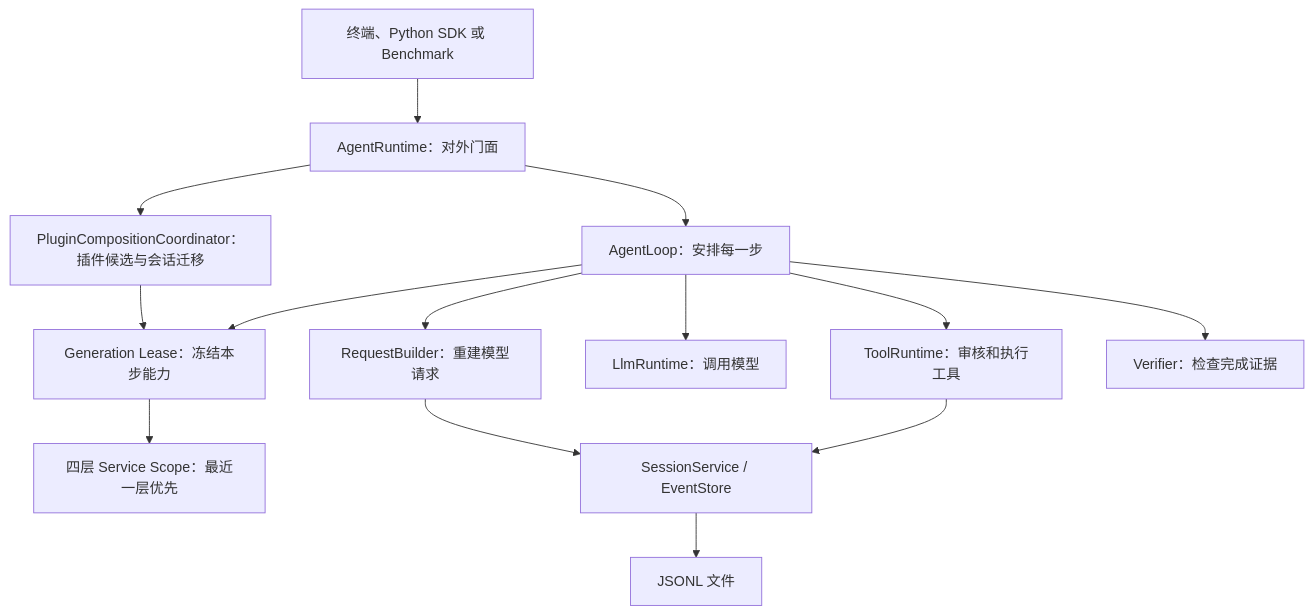
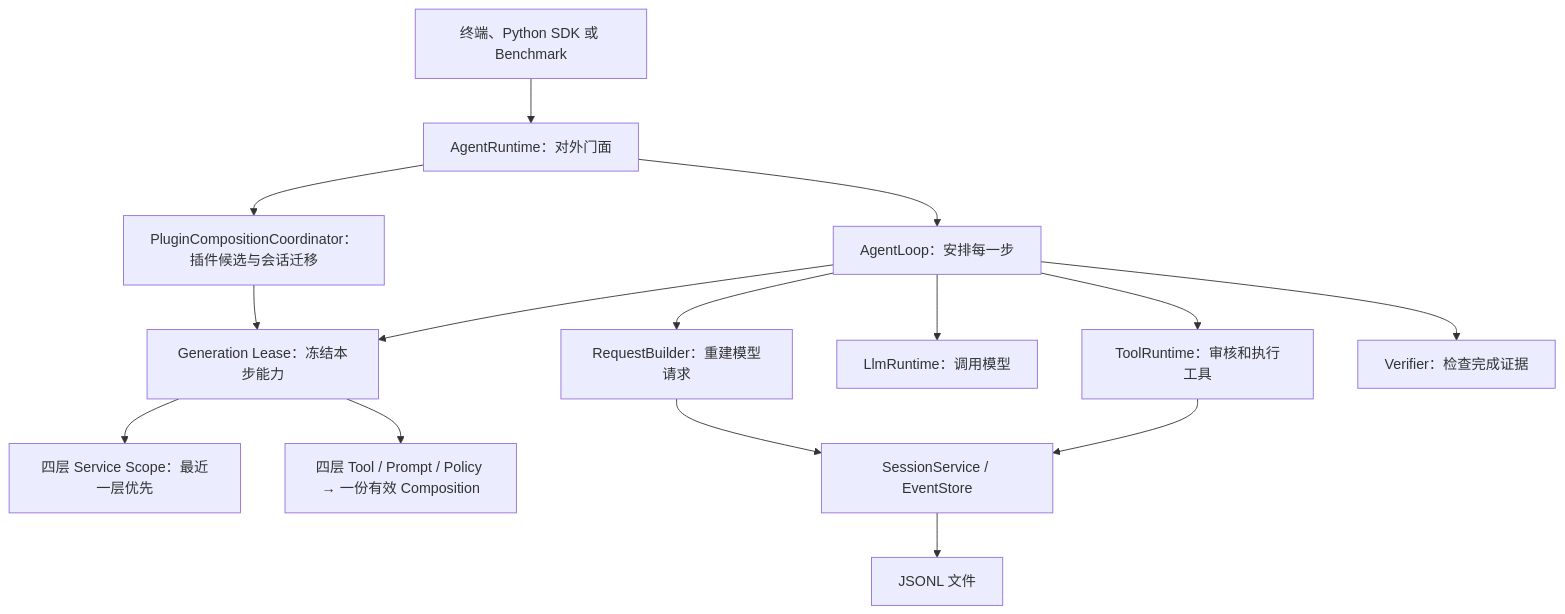
Before and after one commit to uboyme/traceHarness: the second of 9 diagrams in docs/note/project-context-plain-zh.md, drawn with Mermaid. The commit also changed other lines of this file and 19 other files, not shown here.

````diff
--- a/docs/note/project-context-plain-zh.md
+++ b/docs/note/project-context-plain-zh.md
@@ -157,16 +158,17 @@
 ```mermaid
 flowchart TD
     ENTRY["终端、Python SDK 或 Benchmark"] --> FACADE["AgentRuntime：对外门面"]
     FACADE --> CONTROL["PluginCompositionCoordinator：插件候选与会话迁移"]
     FACADE --> LOOP["AgentLoop：安排每一步"]
     CONTROL --> COMP
     LOOP --> COMP["Generation Lease：冻结本步能力"]
     COMP --> SCOPE["四层 Service Scope：最近一层优先"]
+    COMP --> OVERLAY["四层 Tool / Prompt / Policy → 一份有效 Composition"]
     LOOP --> REQUEST["RequestBuilder：重建模型请求"]
     LOOP --> LLM["LlmRuntime：调用模型"]
     LOOP --> TOOLS["ToolRuntime：审核和执行工具"]
     LOOP --> VERIFIER["Verifier：检查完成证据"]
     REQUEST --> EVENTS["SessionService / EventStore"]
     TOOLS --> EVENTS
     EVENTS --> FILES["JSONL 文件"]
 ```
````
